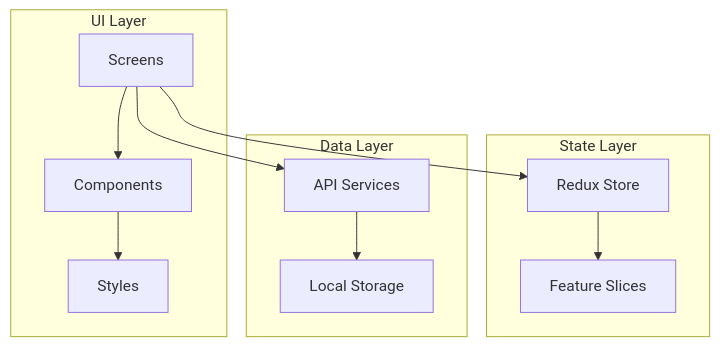
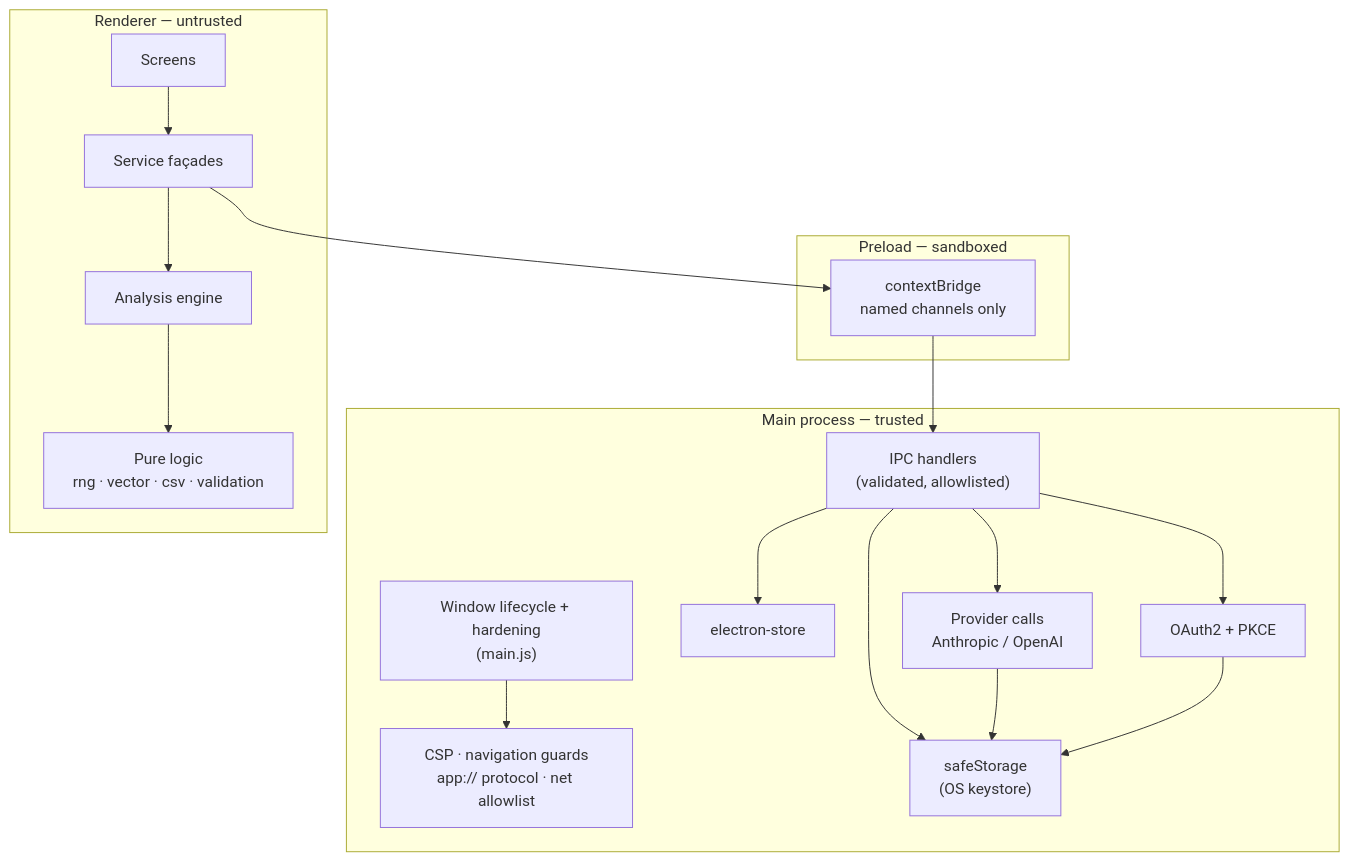
The diagram in docs/ARCHITECTURE.md (GrihmLord/PREDICTIQ), drawn with Mermaid before and after one commit. The commit also changed other lines of this file and 69 other files, not shown here.

````diff
--- a/docs/ARCHITECTURE.md
+++ b/docs/ARCHITECTURE.md
@@ -9,22 +12,36 @@
 ```mermaid
 graph TB
-    subgraph UI["UI Layer"]
-        Screens --> Components
-        Components --> Styles
+    subgraph Main["Main process — trusted"]
+        Window["Window lifecycle + hardening<br/>(main.js)"]
+        Security["CSP · navigation guards<br/>app:// protocol · net allowlist"]
+        IPCH["IPC handlers<br/>(validated, allowlisted)"]
+        Store["electron-store"]
+        Secrets["safeStorage<br/>(OS keystore)"]
+        AI["Provider calls<br/>Anthropic / OpenAI"]
+        OIDC["OAuth2 + PKCE"]
     end
-    
-    subgraph State["State Layer"]
-        Redux["Redux Store"]
-        Slices["Feature Slices"]
+
+    subgraph Bridge["Preload — sandboxed"]
+        CB["contextBridge<br/>named channels only"]
     end
-    
-    subgraph Data["Data Layer"]
-        Services["API Services"]
-        Storage["Local Storage"]
+
+    subgraph Renderer["Renderer — untrusted"]
+        Screens
+        Services["Service façades"]
+        Engine["Analysis engine"]
+        Lib["Pure logic<br/>rng · vector · csv · validation"]
     end
-    
-    Screens --> Redux
-    Redux --> Slices
+
     Screens --> Services
-    Services --> Storage
+    Services --> Engine
+    Engine --> Lib
+    Services --> CB
+    CB --> IPCH
+    IPCH --> Store
+    IPCH --> Secrets
+    IPCH --> AI
+    IPCH --> OIDC
+    AI --> Secrets
+    OIDC --> Secrets
+    Window --> Security
 ```
````
